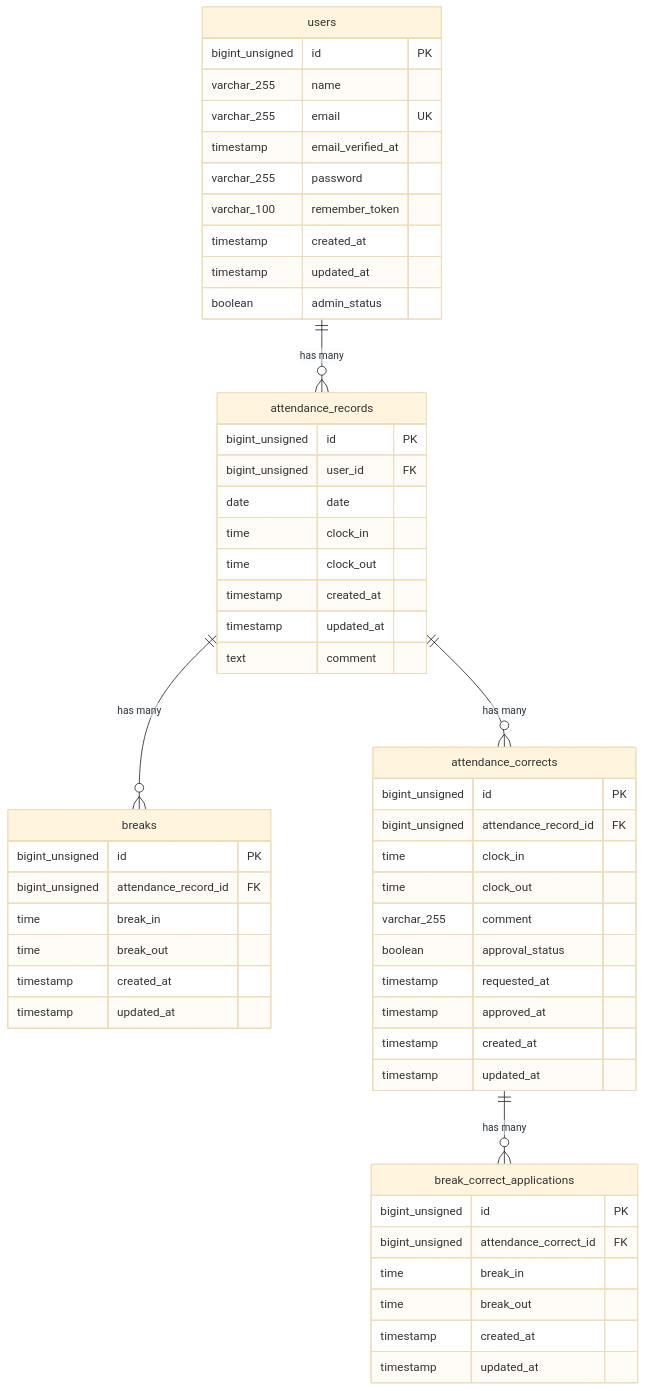
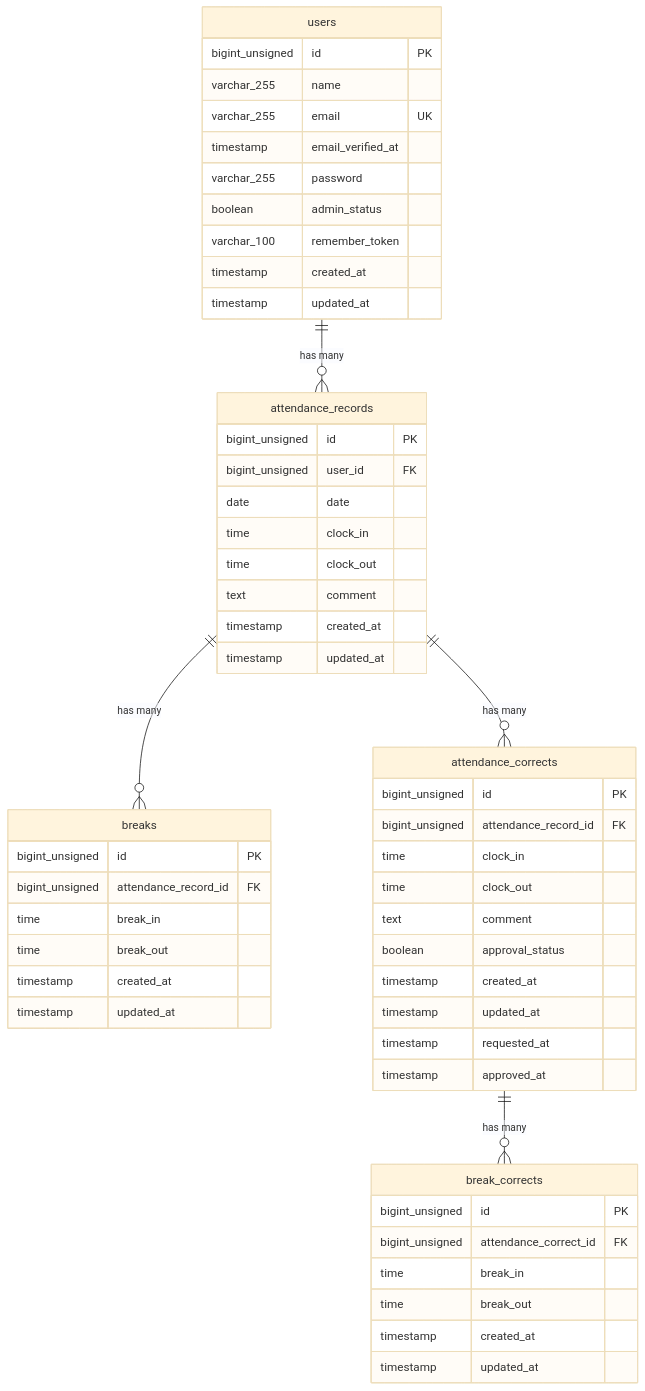
The diagram in README.md (Ayuu-miyamoto/attendance-app), drawn with Mermaid (base theme) before and after one commit. The commit also changed other lines of this file and 2 other files, not shown here.

````diff
--- a/README.md
+++ b/README.md
@@ -24,61 +30,61 @@
 ```mermaid
 erDiagram
-    users ||--o{ attendance_records : "has many"
-    attendance_records ||--o{ breaks : "has many"
-    attendance_records ||--o{ attendance_corrects : "has many"
-    attendance_corrects ||--o{ break_correct_applications : "has many"
-
     users {
         bigint_unsigned id PK
         varchar_255 name
         varchar_255 email UK
         timestamp email_verified_at
         varchar_255 password
+        boolean admin_status
         varchar_100 remember_token
         timestamp created_at
         timestamp updated_at
-        boolean admin_status
     }
 
     attendance_records {
         bigint_unsigned id PK
         bigint_unsigned user_id FK
         date date
         time clock_in
         time clock_out
+        text comment 
         timestamp created_at
         timestamp updated_at
-        text comment
     }
 
     breaks {
         bigint_unsigned id PK
         bigint_unsigned attendance_record_id FK
         time break_in
         time break_out
         timestamp created_at
         timestamp updated_at
     }
 
     attendance_corrects {
         bigint_unsigned id PK
         bigint_unsigned attendance_record_id FK
         time clock_in
         time clock_out
-        varchar_255 comment
+        text comment
         boolean approval_status
+        timestamp created_at
+        timestamp updated_at
         timestamp requested_at
         timestamp approved_at
-        timestamp created_at
-        timestamp updated_at
     }
 
-    break_correct_applications {
+    break_corrects {
         bigint_unsigned id PK
         bigint_unsigned attendance_correct_id FK
         time break_in
         time break_out
         timestamp created_at
         timestamp updated_at
     }
+
+    users ||--o{ attendance_records : "has many"
+    attendance_records ||--o{ breaks : "has many"
+    attendance_records ||--o{ attendance_corrects : "has many"
+    attendance_corrects ||--o{ break_corrects : "has many"
 ```
````
